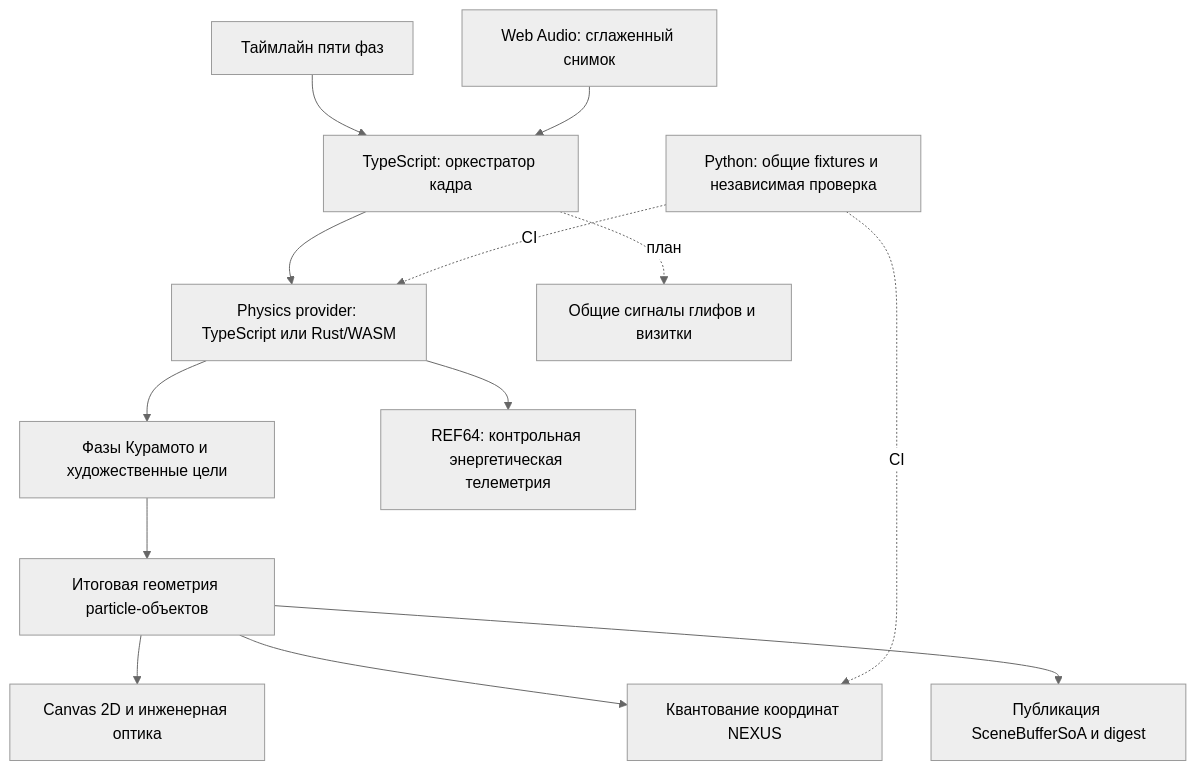
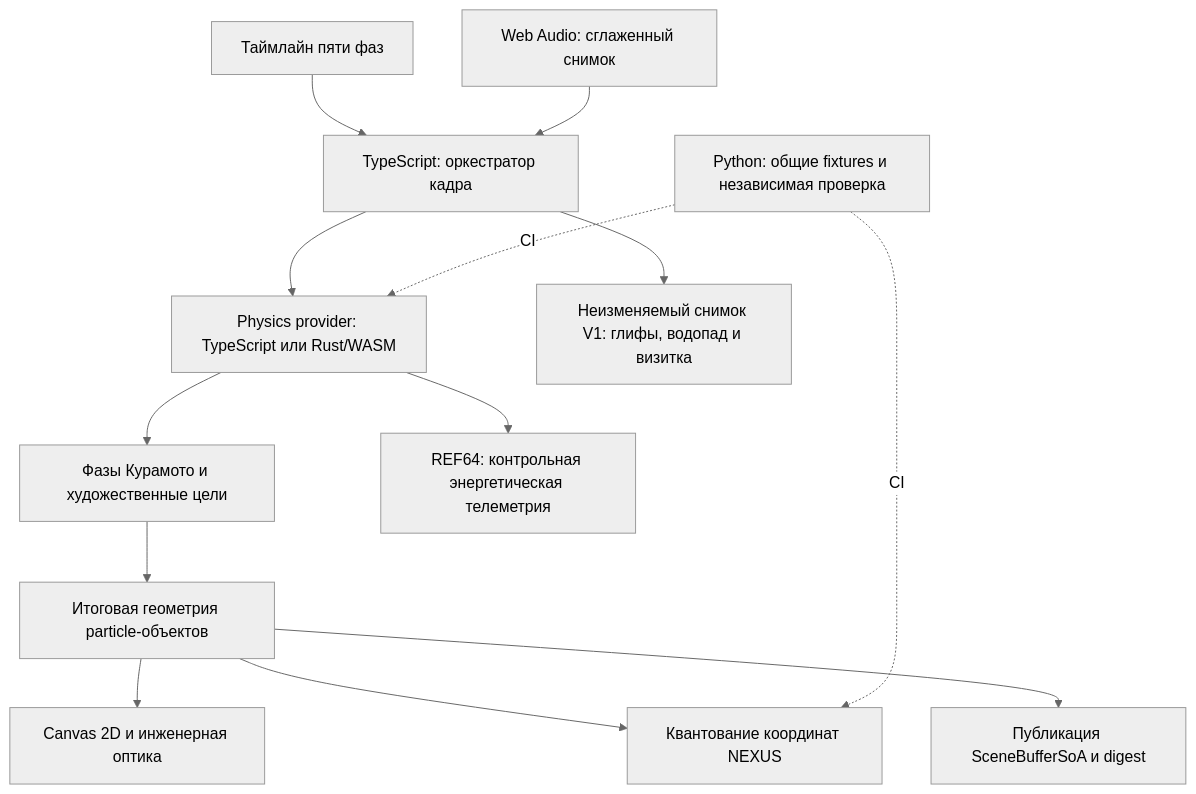
Before and after one commit to DubnovAlexey/universe: the diagram in docs/ADR-001-POLYGLOT-RUNTIME.md, drawn with Mermaid (neutral theme). The commit also changed other lines of this file and 32 other files, not shown here.

````diff
--- a/docs/ADR-001-POLYGLOT-RUNTIME.md
+++ b/docs/ADR-001-POLYGLOT-RUNTIME.md
@@ -61,15 +61,15 @@
 ```mermaid
 flowchart TD
     A[Таймлайн пяти фаз] --> C[TypeScript: оркестратор кадра]
     B[Web Audio: сглаженный снимок] --> C
     C --> E[Physics provider: TypeScript или Rust/WASM]
     E --> D[Фазы Курамото и художественные цели]
     D --> F[Итоговая геометрия particle-объектов]
     F --> G[Canvas 2D и инженерная оптика]
     F --> H[Квантование координат NEXUS]
     F --> I[Публикация SceneBufferSoA и digest]
     E --> M[REF64: контрольная энергетическая телеметрия]
-    C -. план .-> J[Общие сигналы глифов и визитки]
+    C --> J[Неизменяемый снимок V1: глифы, водопад и визитка]
     K[Python: общие fixtures и независимая проверка] -. CI .-> E
     K -. CI .-> H
 ```
````
